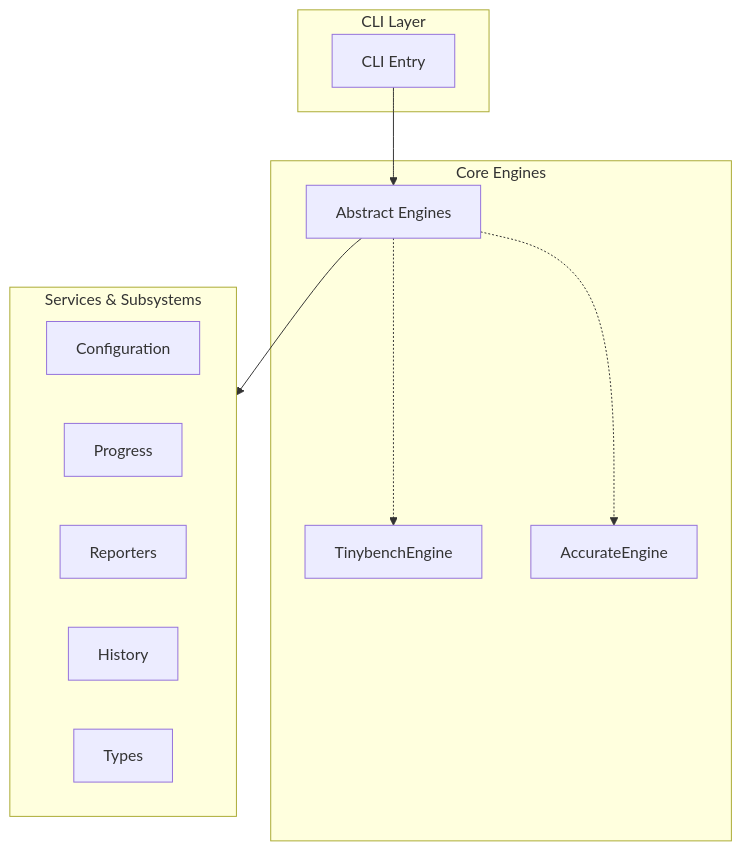
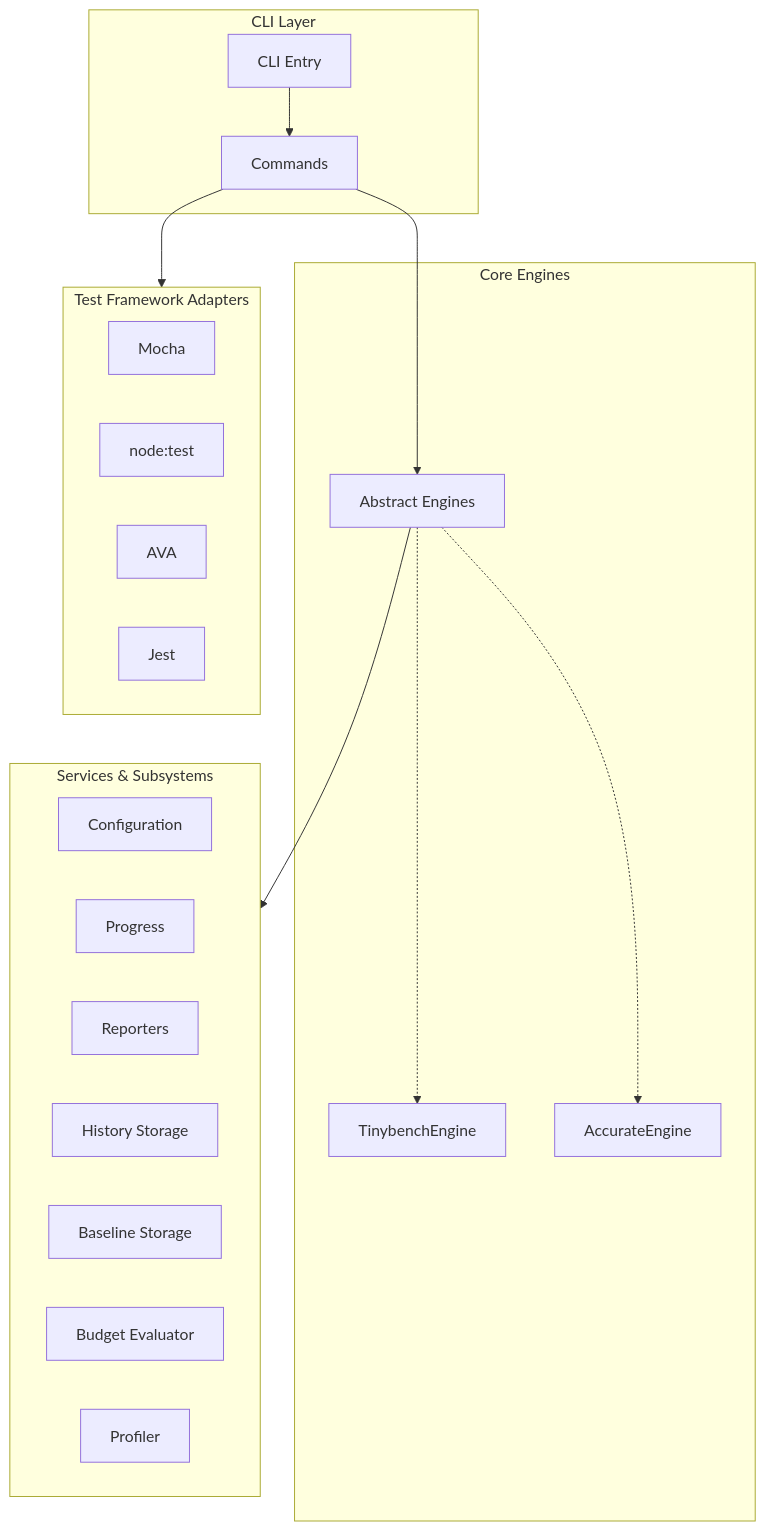
Before and after one commit to boneskull/modestbench: the first of 11 diagrams in ARCHITECTURE.md, drawn with Mermaid. The commit also changed other lines of this file, not shown here.

````diff
--- a/ARCHITECTURE.md
+++ b/ARCHITECTURE.md
@@ -23,27 +23,37 @@
 ```mermaid
-
 graph TB
     subgraph CLI["CLI Layer"]
         Entry[CLI Entry]
+        Commands[Commands]
     end
 
     subgraph Core["Core Engines"]
         Abstract[Abstract Engines]
         Tinybench[TinybenchEngine]
         Accurate[AccurateEngine]
     end
 
     subgraph Services["Services & Subsystems"]
         Config[Configuration]
         Progress[Progress]
         Reporters[Reporters]
-        Storage[History]
-        Types[Types]
+        Storage[History Storage]
+        Baseline[Baseline Storage]
+        Budget[Budget Evaluator]
+        Profiler[Profiler]
     end
 
-    Entry --> Abstract
+    subgraph Adapters["Test Framework Adapters"]
+        Mocha[Mocha]
+        NodeTest[node:test]
+        AVA[AVA]
+        Jest[Jest]
+    end
+
+    Entry --> Commands
+    Commands --> Abstract
     Abstract -.-> Tinybench
     Abstract -.-> Accurate
     Abstract --> Services
-
+    Commands --> Adapters
 ```
````
